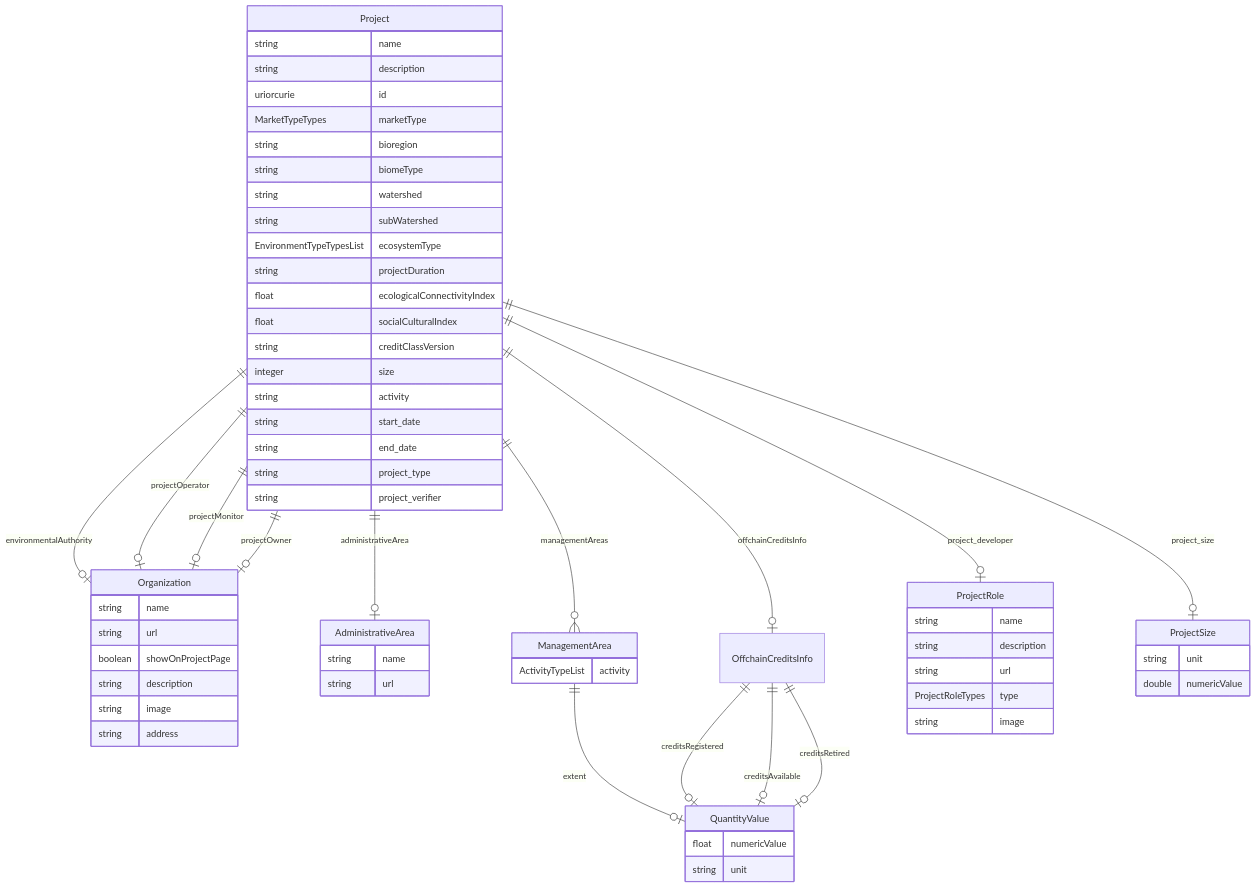
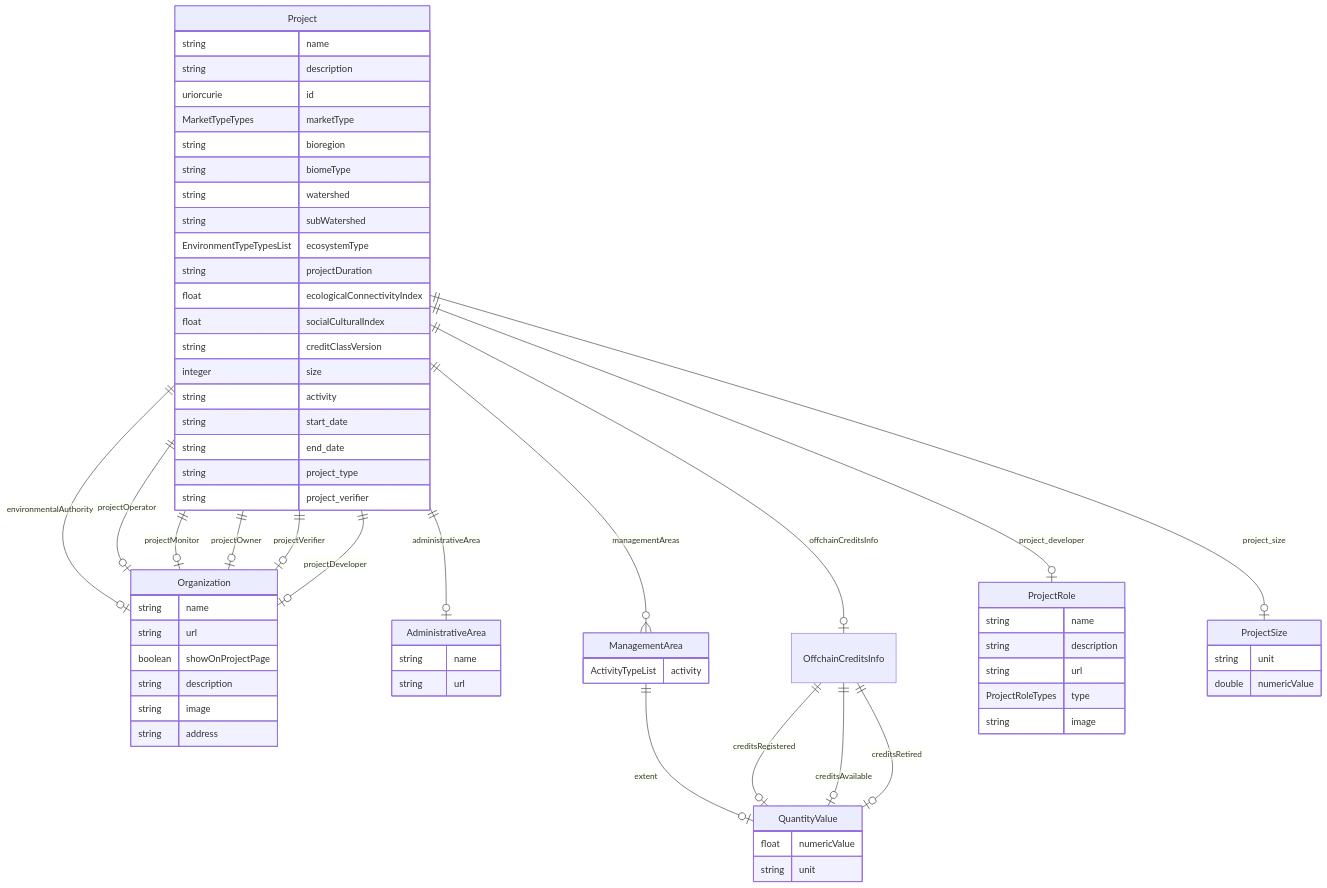
The diagram in schema/generated/Project.md (regen-network/regen-data-standards), drawn with Mermaid before and after one commit. The commit also changed other lines of this file and 11 other files, not shown here.

Commit message:
add back projectDeveloper and projectVerifier to project metadata

````diff
--- a/schema/generated/Project.md
+++ b/schema/generated/Project.md
@@ -11,72 +11,74 @@
 ```mermaid
 erDiagram
 Project {
     string name  
     string description  
     uriorcurie id  
     MarketTypeTypes marketType  
     string bioregion  
     string biomeType  
     string watershed  
     string subWatershed  
     EnvironmentTypeTypesList ecosystemType  
     string projectDuration  
     float ecologicalConnectivityIndex  
     float socialCulturalIndex  
     string creditClassVersion  
     integer size  
     string activity  
     string start_date  
     string end_date  
     string project_type  
     string project_verifier  
 }
 Organization {
     string name  
     string url  
     boolean showOnProjectPage  
     string description  
     string image  
     string address  
 }
 AdministrativeArea {
     string name  
     string url  
 }
 ManagementArea {
     ActivityTypeList activity  
 }
 QuantityValue {
     float numericValue  
     string unit  
 }
 OffchainCreditsInfo {
 
 }
 ProjectRole {
     string name  
     string description  
     string url  
     ProjectRoleTypes type  
     string image  
 }
 ProjectSize {
     string unit  
     double numericValue  
 }
 
 Project ||--|o ProjectSize : "project_size"
 Project ||--|o ProjectRole : "project_developer"
 Project ||--|o Organization : "environmentalAuthority"
 Project ||--|o OffchainCreditsInfo : "offchainCreditsInfo"
 Project ||--}o ManagementArea : "managementAreas"
 Project ||--|o AdministrativeArea : "administrativeArea"
 Project ||--|o Organization : "projectOperator"
 Project ||--|o Organization : "projectMonitor"
 Project ||--|o Organization : "projectOwner"
+Project ||--|o Organization : "projectVerifier"
+Project ||--|o Organization : "projectDeveloper"
 ManagementArea ||--|o QuantityValue : "extent"
 OffchainCreditsInfo ||--|o QuantityValue : "creditsRegistered"
 OffchainCreditsInfo ||--|o QuantityValue : "creditsAvailable"
 OffchainCreditsInfo ||--|o QuantityValue : "creditsRetired"
 
 ```
````
